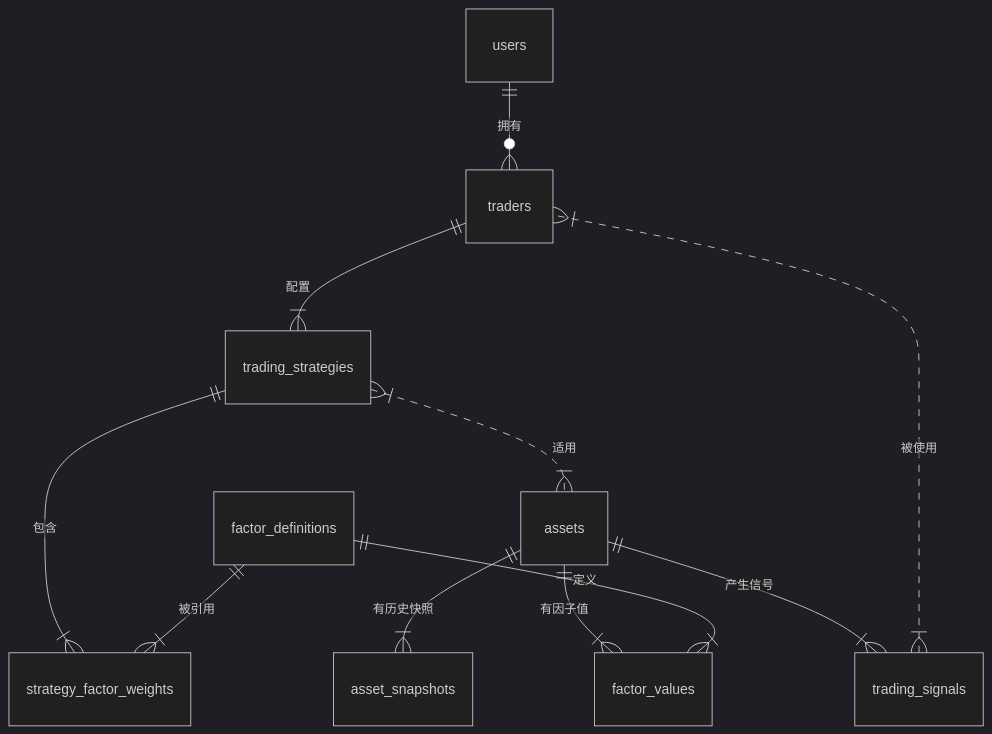
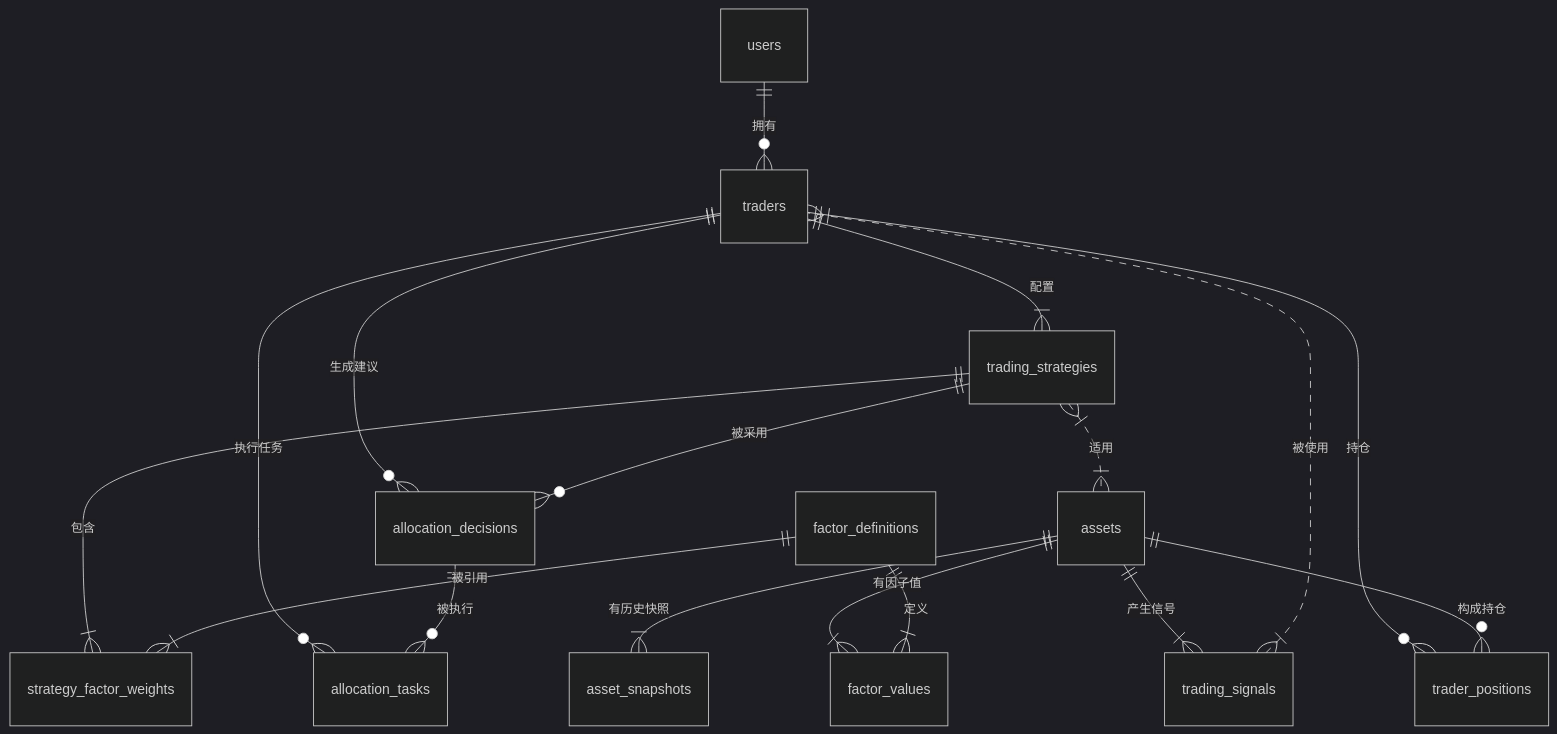
The diagram in docs/database_schema.md (feed-mob/smart_trader), drawn with Mermaid (dark theme) before and after one commit. The commit also changed other lines of this file and 56 other files, not shown here.

````diff
--- a/docs/database_schema.md
+++ b/docs/database_schema.md
@@ -308,16 +308,22 @@
 ```mermaid
 erDiagram
     users ||--o{ traders : "拥有"
     traders ||--|{ trading_strategies : "配置"
+    traders ||--o{ allocation_decisions : "生成建议"
+    traders ||--o{ allocation_tasks : "执行任务"
+    traders ||--o{ trader_positions : "持仓"
     trading_strategies ||--|{ strategy_factor_weights : "包含"
+    trading_strategies ||--o{ allocation_decisions : "被采用"
 
     assets ||--|{ asset_snapshots : "有历史快照"
     assets ||--|{ factor_values : "有因子值"
     assets ||--|{ trading_signals : "产生信号"
+    assets ||--o{ trader_positions : "构成持仓"
 
     factor_definitions ||--|{ factor_values : "定义"
     factor_definitions ||--|{ strategy_factor_weights : "被引用"
 
+    allocation_decisions ||--o{ allocation_tasks : "被执行"
     trading_strategies }|..|{ assets : "适用"
     trading_signals }|..|{ traders : "被使用"
 ```
````
